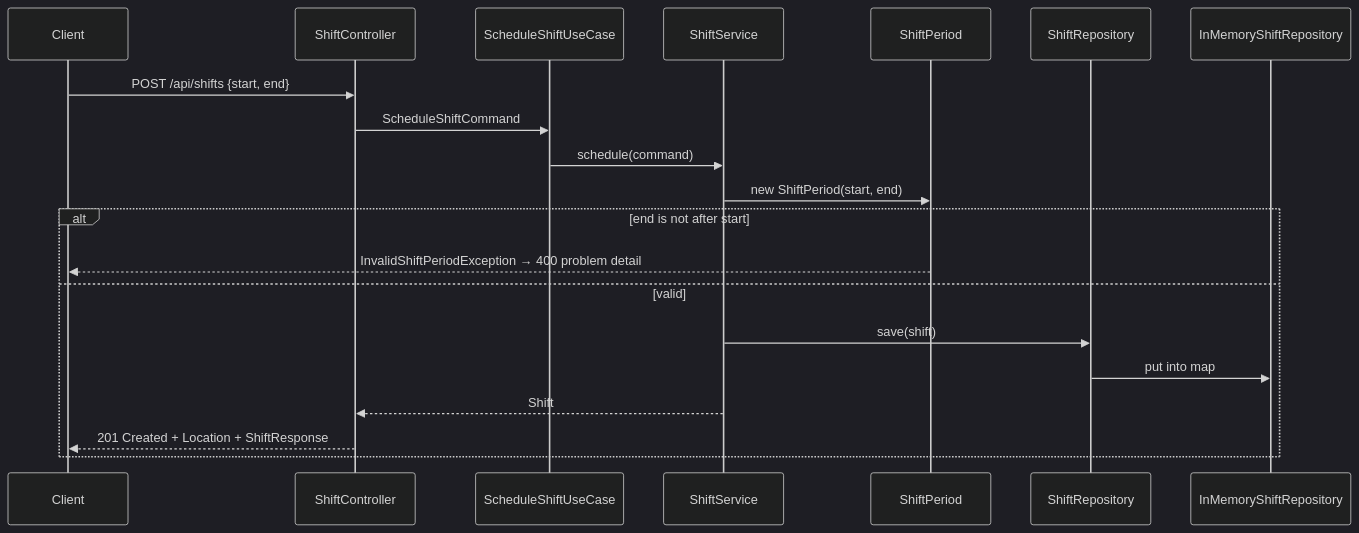
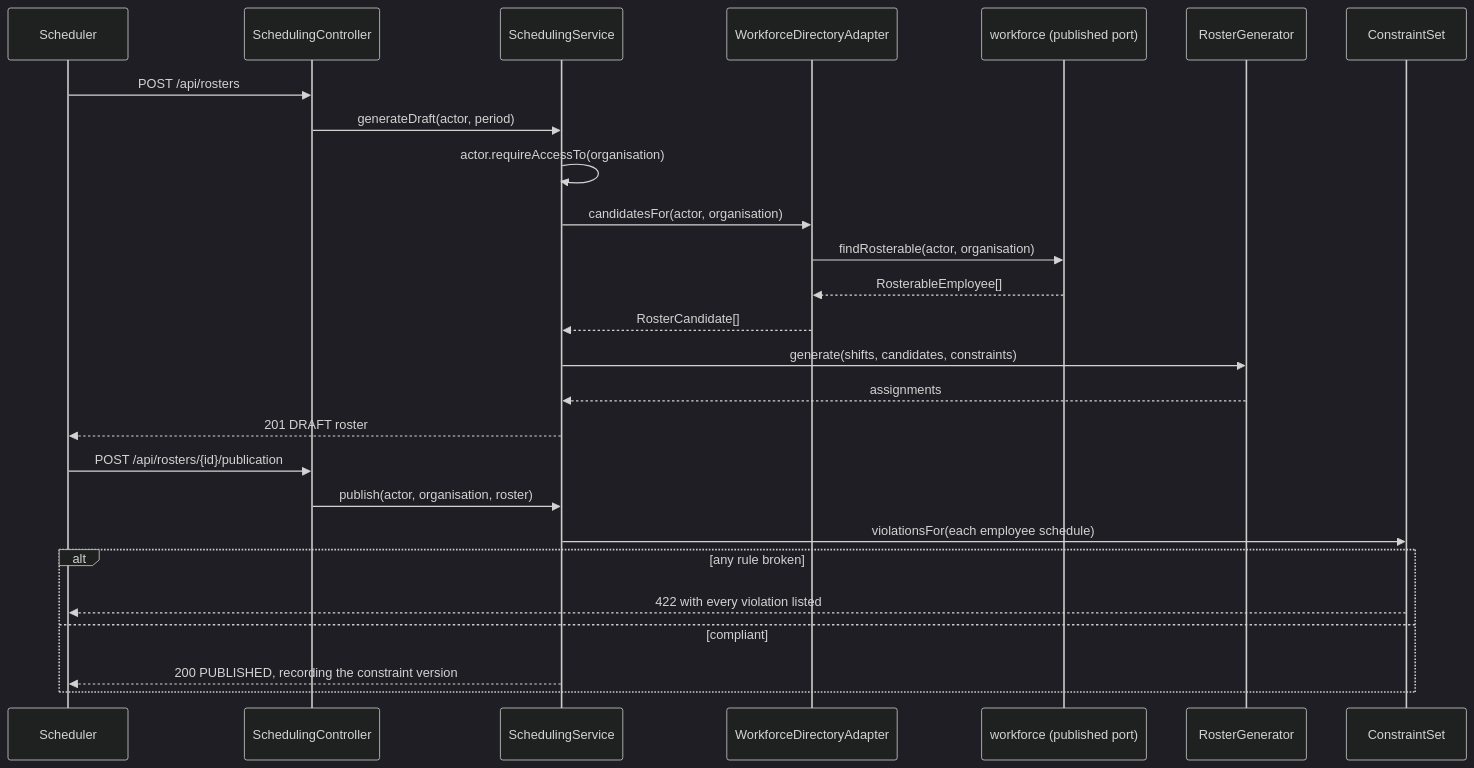
The second of 2 diagrams in docs/architecture/architecture.md (NaimElijah/HrSched), drawn with Mermaid (dark theme) before and after one commit. The commit also changed other lines of this file and 7 other files, not shown here.

````diff
--- a/docs/architecture/architecture.md
+++ b/docs/architecture/architecture.md
@@ -95,23 +93,30 @@
 ```mermaid
 sequenceDiagram
-    participant C as Client
-    participant W as ShiftController
-    participant U as ScheduleShiftUseCase
-    participant S as ShiftService
-    participant D as ShiftPeriod
-    participant R as ShiftRepository
-    participant A as InMemoryShiftRepository
+    participant C as Scheduler
+    participant W as SchedulingController
+    participant S as SchedulingService
+    participant D as WorkforceDirectoryAdapter
+    participant F as workforce (published port)
+    participant G as RosterGenerator
+    participant R as ConstraintSet
 
-    C->>W: POST /api/shifts {start, end}
-    W->>U: ScheduleShiftCommand
-    U->>S: schedule(command)
-    S->>D: new ShiftPeriod(start, end)
-    alt end is not after start
-        D-->>C: InvalidShiftPeriodException → 400 problem detail
-    else valid
-        S->>R: save(shift)
-        R->>A: put into map
-        S-->>W: Shift
-        W-->>C: 201 Created + Location + ShiftResponse
+    C->>W: POST /api/rosters
+    W->>S: generateDraft(actor, period)
+    S->>S: actor.requireAccessTo(organisation)
+    S->>D: candidatesFor(actor, organisation)
+    D->>F: findRosterable(actor, organisation)
+    F-->>D: RosterableEmployee[]
+    D-->>S: RosterCandidate[]
+    S->>G: generate(shifts, candidates, constraints)
+    G-->>S: assignments
+    S-->>C: 201 DRAFT roster
+
+    C->>W: POST /api/rosters/{id}/publication
+    W->>S: publish(actor, organisation, roster)
+    S->>R: violationsFor(each employee schedule)
+    alt any rule broken
+        R-->>C: 422 with every violation listed
+    else compliant
+        S-->>C: 200 PUBLISHED, recording the constraint version
     end
 ```
````
